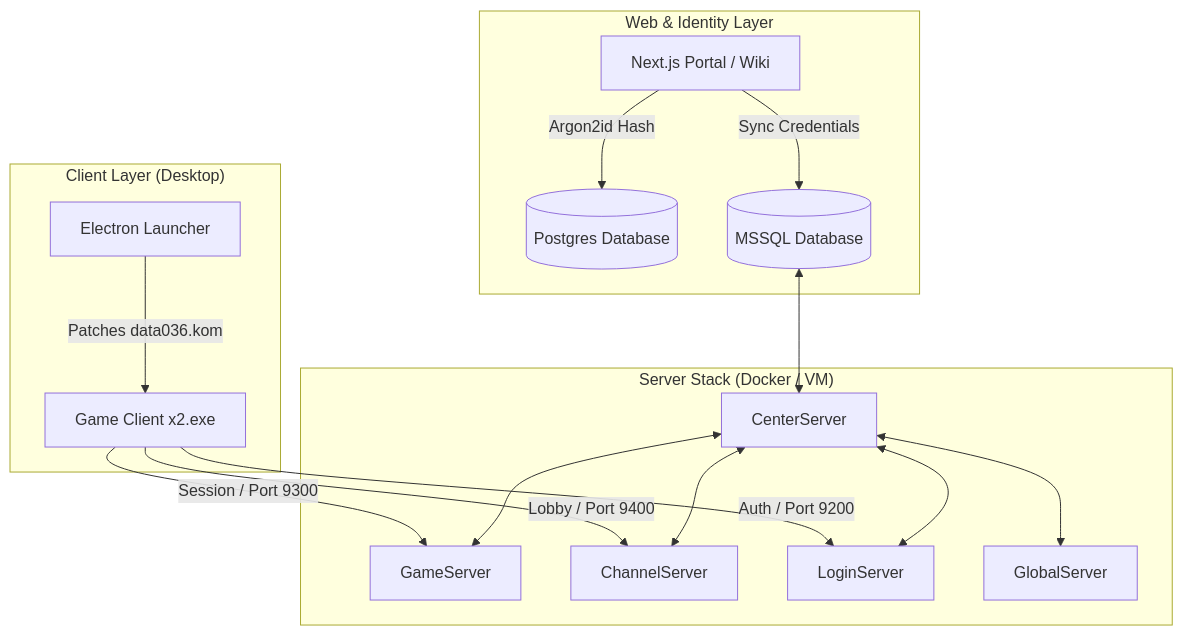
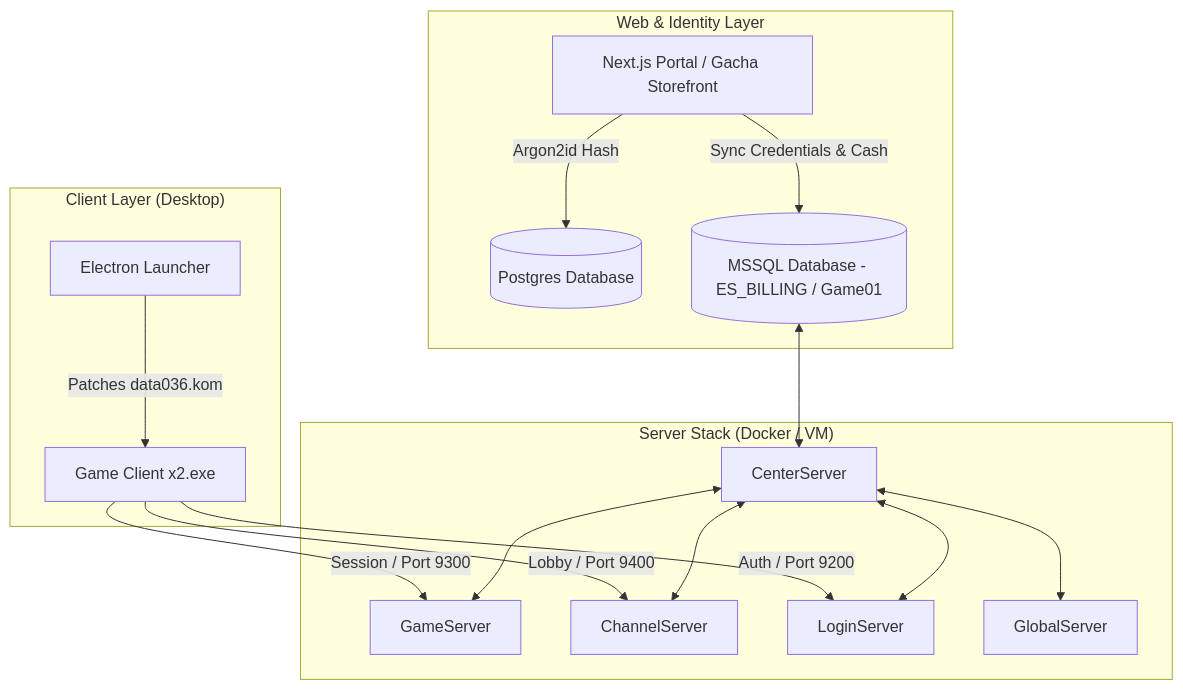
Before and after one commit to CardSorting/JoySwordOnline: the diagram in README.md, drawn with Mermaid. The commit also changed other lines of this file, not shown here.

Commit message:
docs: update README.md with CashShop gacha economy, VIP system, and test verification suite

````diff
--- a/README.md
+++ b/README.md
@@ -45,23 +51,23 @@
 ```mermaid
 flowchart TD
     subgraph Client ["Client Layer (Desktop)"]
         L[Electron Launcher] -->|Patches data036.kom| C[Game Client x2.exe]
     end
 
     subgraph Web ["Web & Identity Layer"]
-        W[Next.js Portal / Wiki] -->|Argon2id Hash| DB_PG[(Postgres Database)]
-        W -->|Sync Credentials| DB_MS[(MSSQL Database)]
+        W[Next.js Portal / Gacha Storefront] -->|Argon2id Hash| DB_PG[(Postgres Database)]
+        W -->|Sync Credentials & Cash| DB_MS[(MSSQL Database - ES_BILLING / Game01)]
     end
 
     subgraph Server ["Server Stack (Docker / VM)"]
         DB_MS <--> Center[CenterServer]
         Center <--> Game[GameServer]
         Center <--> Channel[ChannelServer]
         Center <--> Login[LoginServer]
         Center <--> Global[GlobalServer]
     end
 
     C -->|Auth / Port 9200| Login
     C -->|Session / Port 9300| Game
     C -->|Lobby / Port 9400| Channel
 ```
````
